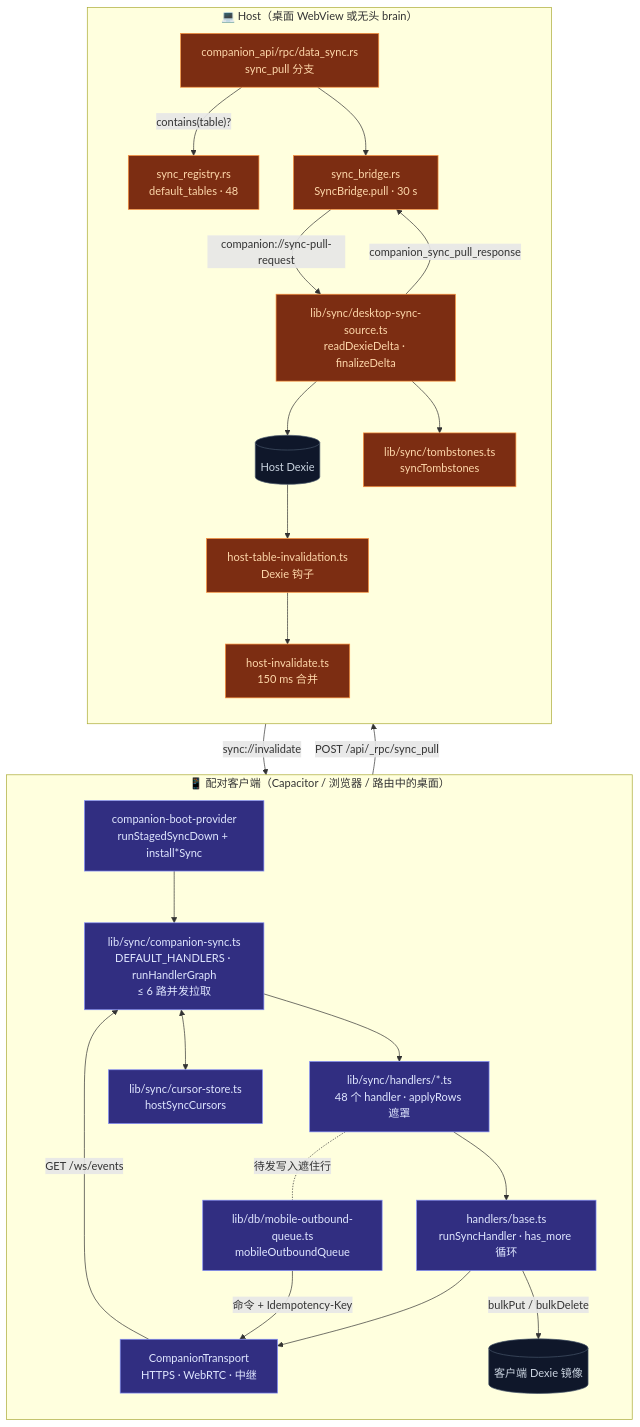
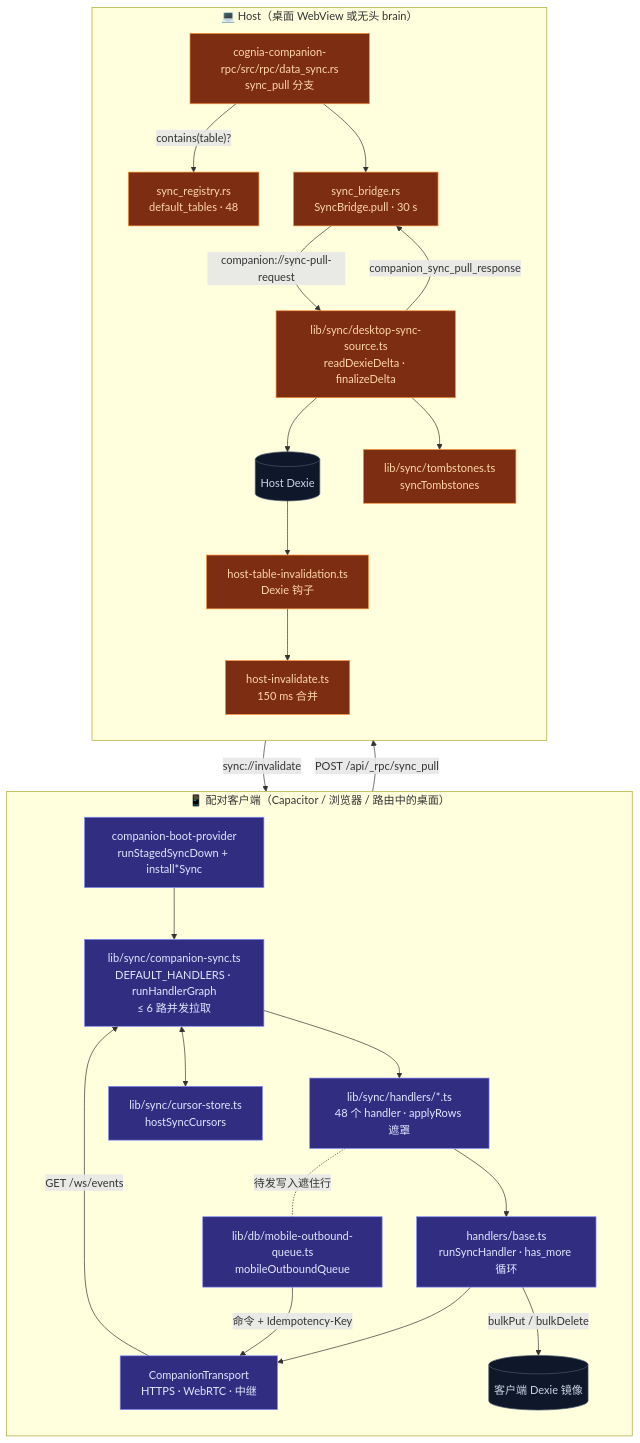
One commit to MaxQian888/cognia-next changed the first of 2 diagrams in docs/content/docs/zh/data/sync-system.mdx. Above: the diagram before and after it, drawn with Mermaid. The commit also changed other lines of this file and 85 other files, not shown here.

First line of the commit message:
refactor(companion): move the RPC dispatch table and families into cognia-companion-rpc

````diff
--- a/docs/content/docs/zh/data/sync-system.mdx
+++ b/docs/content/docs/zh/data/sync-system.mdx
@@ -47,49 +47,49 @@
 ```mermaid
 flowchart TB
   subgraph Client["📱 配对客户端（Capacitor / 浏览器 / 路由中的桌面）"]
     direction TB
     Boot[companion-boot-provider<br/>runStagedSyncDown + install*Sync]
     Orch[lib/sync/companion-sync.ts<br/>DEFAULT_HANDLERS · runHandlerGraph<br/>≤ 6 路并发拉取]
     Handlers[lib/sync/handlers/*.ts<br/>48 个 handler · applyRows 遮罩]
     Base[handlers/base.ts<br/>runSyncHandler · has_more 循环]
     CursorStore[lib/sync/cursor-store.ts<br/>hostSyncCursors]
     Outbound[lib/db/mobile-outbound-queue.ts<br/>mobileOutboundQueue]
     Transport[CompanionTransport<br/>HTTPS · WebRTC · 中继]
     Mirror[(客户端 Dexie 镜像)]
   end
 
   subgraph Host["💻 Host（桌面 WebView 或无头 brain）"]
     direction TB
-    RPC[companion_api/rpc/data_sync.rs<br/>sync_pull 分支]
+    RPC[cognia-companion-rpc/src/rpc/data_sync.rs<br/>sync_pull 分支]
     Registry[sync_registry.rs<br/>default_tables · 48]
     Bridge[sync_bridge.rs<br/>SyncBridge.pull · 30 s]
     Source[lib/sync/desktop-sync-source.ts<br/>readDexieDelta · finalizeDelta]
     Tomb[lib/sync/tombstones.ts<br/>syncTombstones]
     Hooks[host-table-invalidation.ts<br/>Dexie 钩子]
     Inval[host-invalidate.ts<br/>150 ms 合并]
     HostDexie[(Host Dexie)]
   end
 
   Boot --> Orch --> Handlers --> Base --> Transport
   Orch <--> CursorStore
   Base -- "bulkPut / bulkDelete" --> Mirror
   Handlers -. "待发写入遮住行" .- Outbound
   Outbound -- "命令 + Idempotency-Key" --> Transport
   Transport -- "POST /api/_rpc/sync_pull" --> RPC
   RPC -- "contains(table)?" --> Registry
   RPC --> Bridge
   Bridge -- "companion://sync-pull-request" --> Source
   Source --> HostDexie
   Source --> Tomb
   Source -- "companion_sync_pull_response" --> Bridge
   HostDexie --> Hooks --> Inval
   Inval -- "sync://invalidate" --> Transport
   Transport -- "GET /ws/events" --> Orch
 
   classDef phone fill:#312e81,stroke:#818cf8,color:#e0e7ff
   classDef desk fill:#7c2d12,stroke:#fb923c,color:#fed7aa
   classDef storage fill:#0f172a,stroke:#475569,color:#cbd5e1
   class Boot,Orch,Handlers,Base,CursorStore,Outbound,Transport phone
   class RPC,Registry,Bridge,Source,Tomb,Hooks,Inval desk
   class Mirror,HostDexie storage
 ```
````
